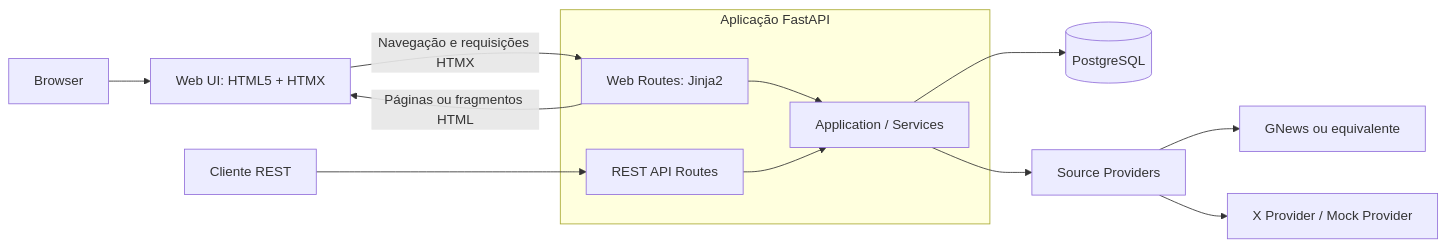
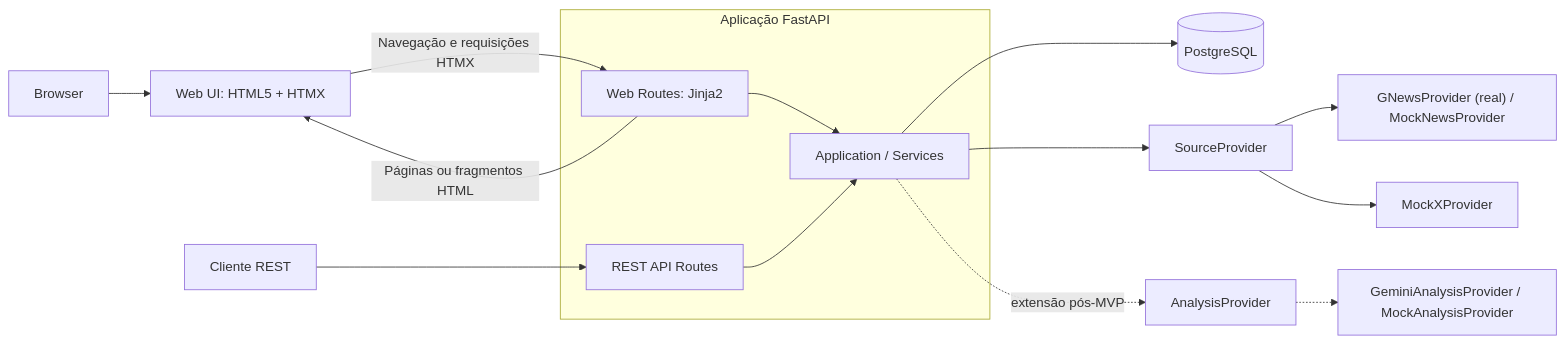
Before and after one commit to bisb-inc/bisb: the first of 6 diagrams in docs/arquitetura.md, drawn with Mermaid. The commit also changed other lines of this file and 7 other files, not shown here.

````diff
--- a/docs/arquitetura.md
+++ b/docs/arquitetura.md
@@ -39,18 +43,20 @@
 ```mermaid
 flowchart LR
     Browser[Browser] --> UI["Web UI: HTML5 + HTMX"]
     Client[Cliente REST] --> API
     subgraph App[Aplicação FastAPI]
         Web["Web Routes: Jinja2"]
         API[REST API Routes]
         Services[Application / Services]
         Web --> Services
         API --> Services
     end
     UI -->|Navegação e requisições HTMX| Web
     Web -->|Páginas ou fragmentos HTML| UI
     Services --> DB[(PostgreSQL)]
-    Services --> SP[Source Providers]
-    SP --> GN[GNews ou equivalente]
-    SP --> XP[X Provider / Mock Provider]
+    Services --> SP[SourceProvider]
+    SP --> GN["GNewsProvider (real) / MockNewsProvider"]
+    SP --> XP[MockXProvider]
+    Services -.->|extensão pós-MVP| AP[AnalysisProvider]
+    AP -.-> GM["GeminiAnalysisProvider / MockAnalysisProvider"]
 ```
````
